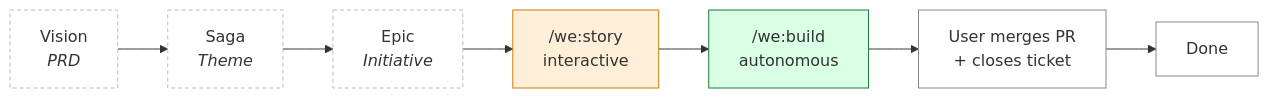
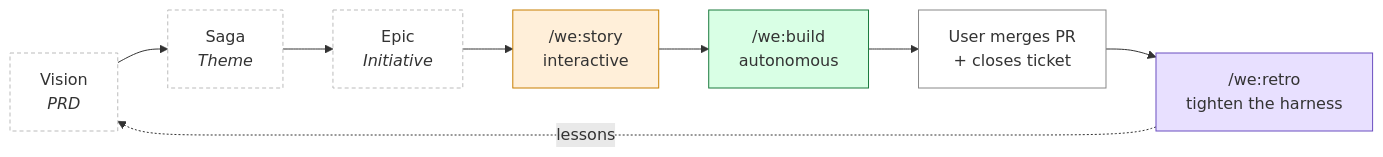
One commit to weside-ai/claude-code-plugin changed the first of 4 diagrams in docs/workflow.md. Above: the diagram before and after it, drawn with Mermaid. The commit also changed other lines of this file and 12 other files, not shown here.

````diff
--- a/docs/workflow.md
+++ b/docs/workflow.md
@@ -11,17 +11,18 @@
 ```mermaid
 flowchart LR
     V["Vision<br/><i>PRD</i>"] --> S["Saga<br/><i>Theme</i>"]
     S --> E["Epic<br/><i>Initiative</i>"]
     E --> ST["/we:story<br/>interactive"]
     ST --> B["/we:build<br/>autonomous"]
     B --> M[User merges PR<br/>+ closes ticket]
-    M --> D[Done]
+    M --> R["/we:retro<br/>tighten the harness"]
+    R -.lessons.-> V
 
     style V fill:#fff,stroke:#bbb,stroke-dasharray:4 3
     style S fill:#fff,stroke:#bbb,stroke-dasharray:4 3
     style E fill:#fff,stroke:#bbb,stroke-dasharray:4 3
     style ST fill:#ffefd9,stroke:#c87f00
     style B fill:#d9ffe5,stroke:#1a7a3c
     style M fill:#fff,stroke:#888
-    style D fill:#fff,stroke:#888
+    style R fill:#e8e0ff,stroke:#6a4ec0
 ```
````
